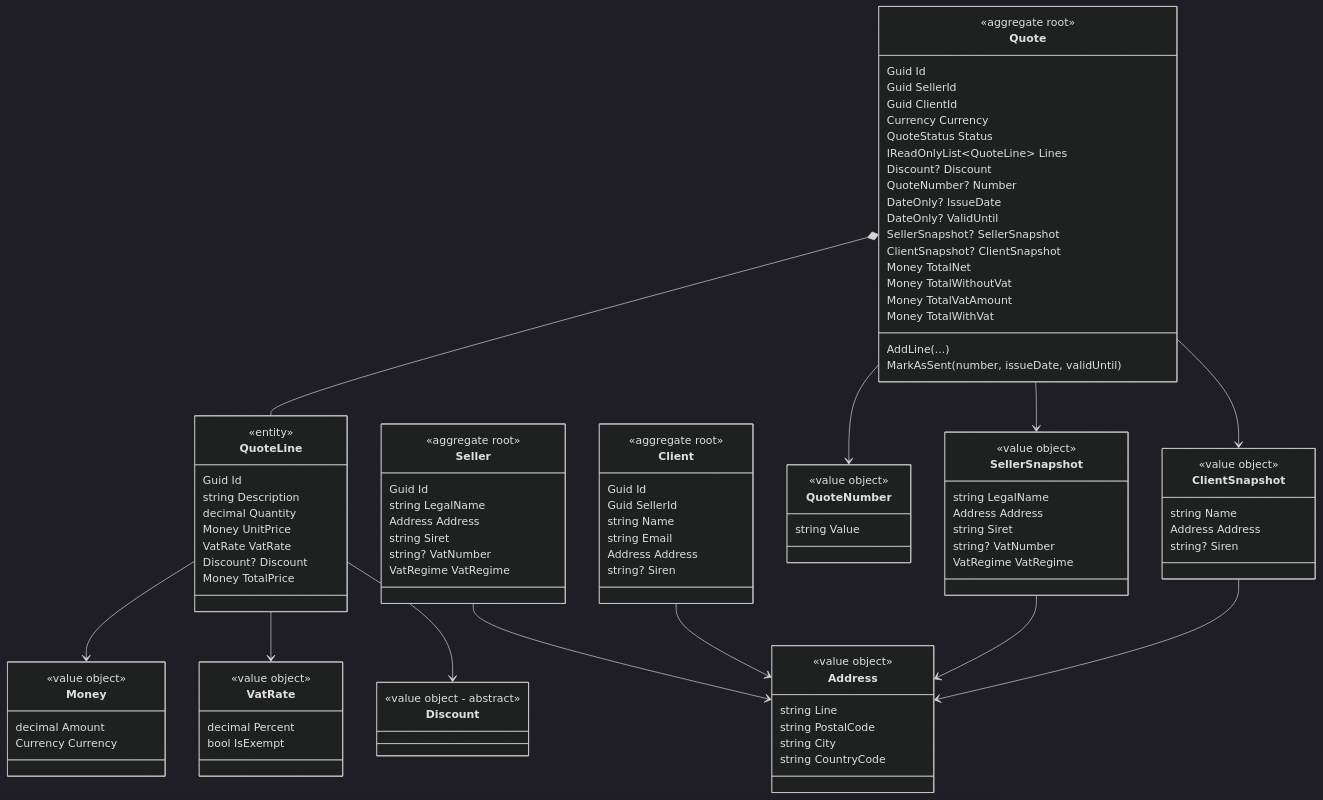
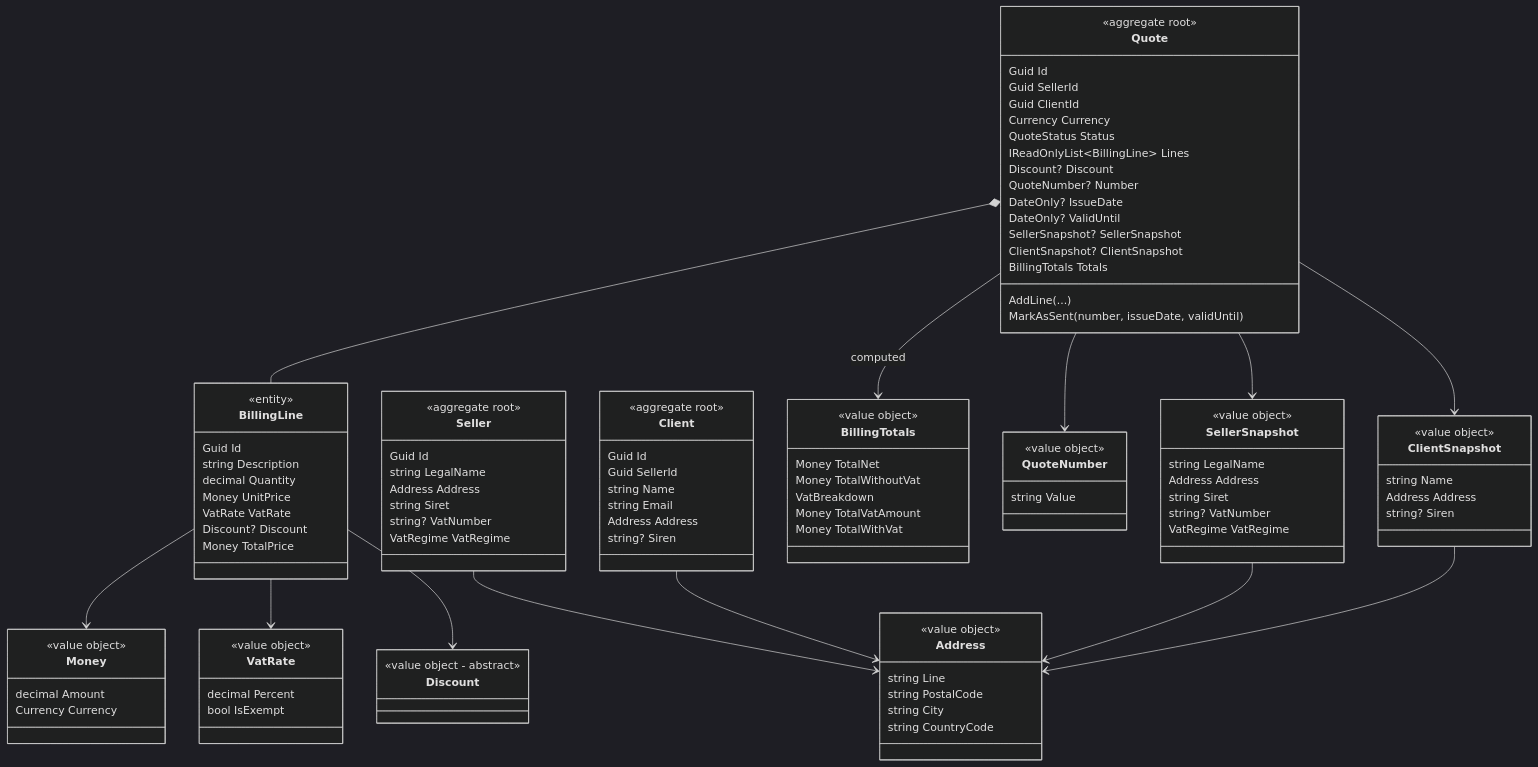
The second of 4 diagrams in docs/domain-model.md (MarineLouWork/ChaChing), drawn with Mermaid (dark theme) before and after one commit. The commit also changed other lines of this file and 29 other files, not shown here.

First line of the commit message:
refactor(billing): shared BillingLine and BillingTotals, folders by who uses them

```diff
--- a/docs/domain-model.md
+++ b/docs/domain-model.md
@@ -72,7 +72,7 @@
         Guid ClientId
         Currency Currency
         QuoteStatus Status
-        IReadOnlyList~QuoteLine~ Lines
+        IReadOnlyList~BillingLine~ Lines
         Discount? Discount
         QuoteNumber? Number
         DateOnly? IssueDate
@@ -81,13 +81,10 @@
         ClientSnapshot? ClientSnapshot
         AddLine(...)
         MarkAsSent(number, issueDate, validUntil)
-        Money TotalNet
-        Money TotalWithoutVat
-        Money TotalVatAmount
-        Money TotalWithVat
+        BillingTotals Totals
     }
 
-    class QuoteLine {
+    class BillingLine {
         <<entity>>
         Guid Id
         string Description
@@ -118,6 +115,14 @@
         decimal Percent
         bool IsExempt
     }
+    class BillingTotals {
+        <<value object>>
+        Money TotalNet
+        Money TotalWithoutVat
+        VatBreakdown
+        Money TotalVatAmount
+        Money TotalWithVat
+    }
     class QuoteNumber {
         <<value object>>
         string Value
@@ -137,13 +142,14 @@
         string? Siren
     }
 
-    Quote *-- QuoteLine
+    Quote *-- BillingLine
+    Quote --> BillingTotals : computed
     Quote --> QuoteNumber
     Quote --> SellerSnapshot
     Quote --> ClientSnapshot
-    QuoteLine --> Money
-    QuoteLine --> VatRate
-    QuoteLine --> Discount
+    BillingLine --> Money
+    BillingLine --> VatRate
+    BillingLine --> Discount
     Seller --> Address
     Client --> Address
     SellerSnapshot --> Address
```
